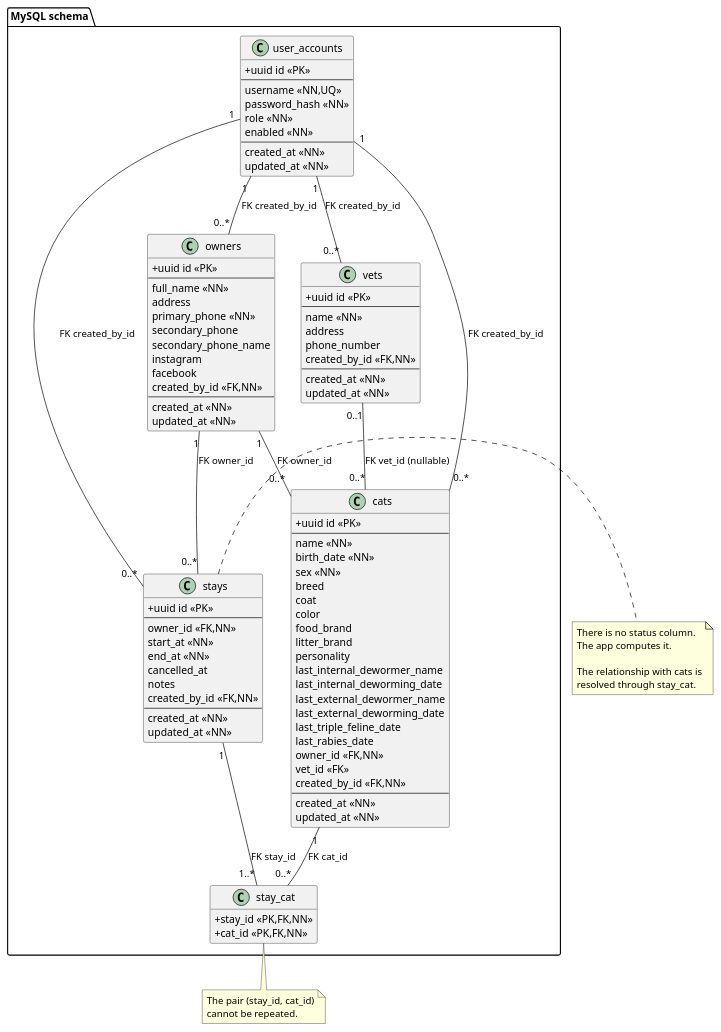
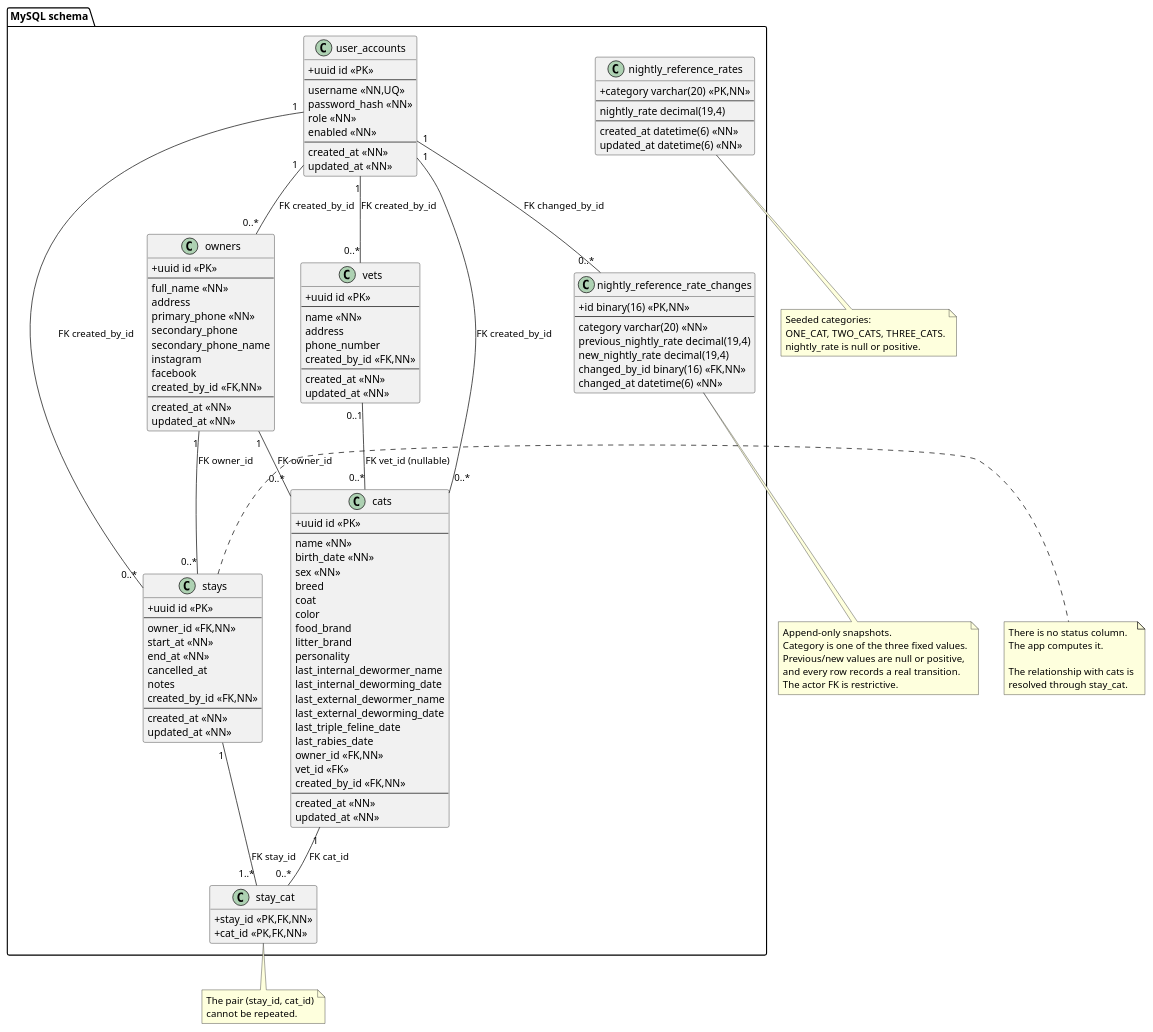
Before and after one commit to TheZenithPassage/catworld: the diagram in docs/uml/02-db-schema.puml, drawn with PlantUML. The commit also changed 1 other file, not shown here.

Commit message:
docs: document nightly reference rate model

```diff
--- a/docs/uml/02-db-schema.puml
+++ b/docs/uml/02-db-schema.puml
@@ -1,117 +1,151 @@
 @startuml
 hide methods
 hide stereotypes
 skinparam classAttributeIconSize 0
 
 package "MySQL schema" {
 
   class owners <<table>> {
     +uuid id <<PK>>
     --
     full_name <<NN>>
     address
     primary_phone <<NN>>
     secondary_phone
     secondary_phone_name
     instagram
     facebook
     created_by_id <<FK,NN>>
     --
     created_at <<NN>>
     updated_at <<NN>>
   }
 
   class vets <<table>> {
     +uuid id <<PK>>
     --
     name <<NN>>
     address
     phone_number
     created_by_id <<FK,NN>>
     --
     created_at <<NN>>
     updated_at <<NN>>
   }
 
   class cats <<table>> {
     +uuid id <<PK>>
     --
     name <<NN>>
     birth_date <<NN>>
     sex <<NN>>
     breed
     coat
     color
     food_brand
     litter_brand
     personality
     last_internal_dewormer_name
     last_internal_deworming_date
     last_external_dewormer_name
     last_external_deworming_date
     last_triple_feline_date
     last_rabies_date
     owner_id <<FK,NN>>
     vet_id <<FK>>
     created_by_id <<FK,NN>>
     --
     created_at <<NN>>
     updated_at <<NN>>
   }
 
   class stays <<table>> {
     +uuid id <<PK>>
     --
     owner_id <<FK,NN>>
     start_at <<NN>>
     end_at <<NN>>
     cancelled_at
     notes
     created_by_id <<FK,NN>>
     --
     created_at <<NN>>
     updated_at <<NN>>
   }
 
   class stay_cat <<table>> {
     +stay_id <<PK,FK,NN>>
     +cat_id <<PK,FK,NN>>
   }
 
   class user_accounts <<table>> {
     +uuid id <<PK>>
     --
     username <<NN,UQ>>
     password_hash <<NN>>
     role <<NN>>
     enabled <<NN>>
     --
     created_at <<NN>>
     updated_at <<NN>>
   }
 
+  class nightly_reference_rates <<table>> {
+    +category varchar(20) <<PK,NN>>
+    --
+    nightly_rate decimal(19,4)
+    --
+    created_at datetime(6) <<NN>>
+    updated_at datetime(6) <<NN>>
+  }
+
+  class nightly_reference_rate_changes <<table>> {
+    +id binary(16) <<PK,NN>>
+    --
+    category varchar(20) <<NN>>
+    previous_nightly_rate decimal(19,4)
+    new_nightly_rate decimal(19,4)
+    changed_by_id binary(16) <<FK,NN>>
+    changed_at datetime(6) <<NN>>
+  }
+
   owners "1" -- "0..*" cats : FK owner_id
   vets   "0..1" -- "0..*" cats : FK vet_id (nullable)
   owners "1" -- "0..*" stays : FK owner_id
   stays  "1" -- "1..*" stay_cat : FK stay_id
   cats   "1" -- "0..*" stay_cat : FK cat_id
   user_accounts "1" -- "0..*" owners : FK created_by_id
   user_accounts "1" -- "0..*" cats : FK created_by_id
   user_accounts "1" -- "0..*" vets : FK created_by_id
   user_accounts "1" -- "0..*" stays : FK created_by_id
+  user_accounts "1" -- "0..*" nightly_reference_rate_changes : FK changed_by_id
 }
 
 note right of stays
 There is no status column.
 The app computes it.
 
 The relationship with cats is
 resolved through stay_cat.
 end note
 
 note bottom of stay_cat
 The pair (stay_id, cat_id)
 cannot be repeated.
 end note
 
+note bottom of nightly_reference_rates
+Seeded categories:
+ONE_CAT, TWO_CATS, THREE_CATS.
+nightly_rate is null or positive.
+end note
+
+note bottom of nightly_reference_rate_changes
+Append-only snapshots.
+Category is one of the three fixed values.
+Previous/new values are null or positive,
+and every row records a real transition.
+The actor FK is restrictive.
+end note
+
 @enduml
```
